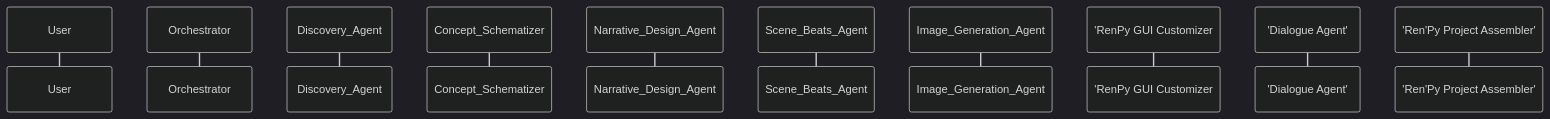
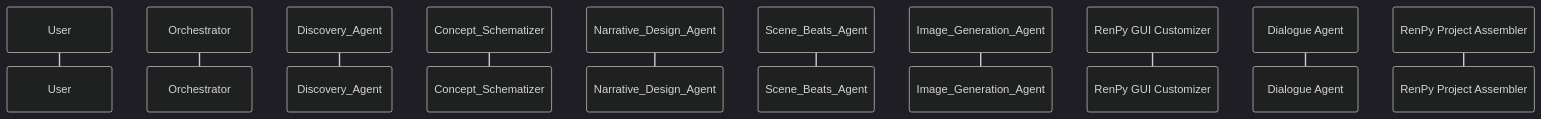
Before and after one commit to danglenzig/KARLA_PROD: the diagram in README.md, drawn with Mermaid (dark theme).

````diff
--- a/README.md
+++ b/README.md
@@ -108,13 +108,13 @@
 ```mermaid
 sequenceDiagram
     participant USER as User
     participant ORCH as Orchestrator
     participant DISC as Discovery_Agent
     participant CONC as Concept_Schematizer
     participant NARR as Narrative_Design_Agent
     participant BEAT as Scene_Beats_Agent
     participant ARTS as Image_Generation_Agent
-    participant COLO as 'RenPy GUI Customizer
-    participant DIAL as 'Dialogue Agent'
-    participant RNPY as 'Ren'Py Project Assembler'
+    participant COLO as RenPy GUI Customizer
+    participant DIAL as Dialogue Agent
+    participant RNPY as RenPy Project Assembler
 ```
````
